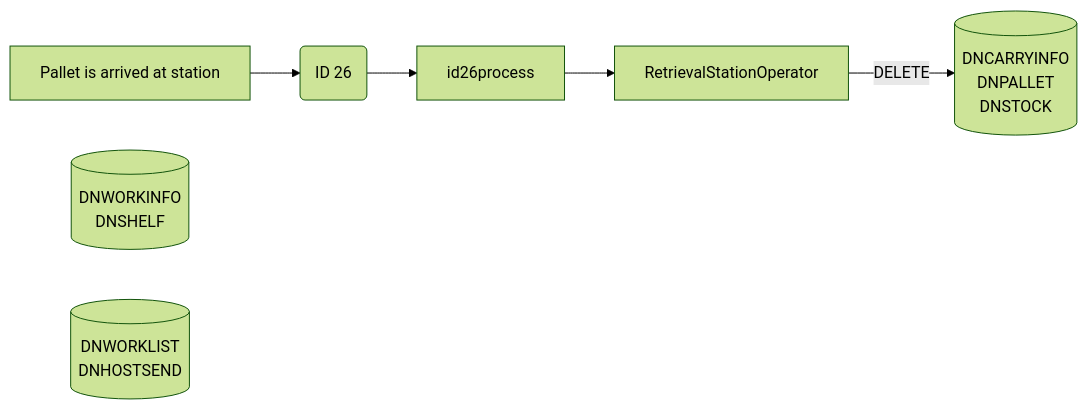
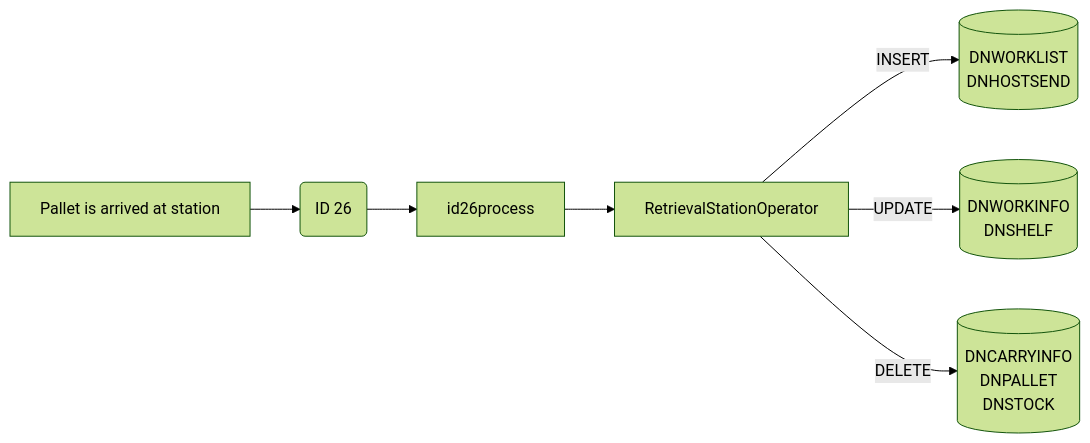
Before and after one commit to luthfiadityaa/SimeDarby-Wiki: the eighth of 8 diagrams in Basic-Design/DFD-WMS/Retrieval/Unplanned-Retrieval-from-HP-Area.md, drawn with Mermaid (forest theme).

Commit message:
Updated Unplanned Retrieval from HP Area

```diff
--- a/Basic-Design/DFD-WMS/Retrieval/Unplanned-Retrieval-from-HP-Area.md
+++ b/Basic-Design/DFD-WMS/Retrieval/Unplanned-Retrieval-from-HP-Area.md
@@ -233,37 +233,39 @@
 ::: mermaid
 flowchart LR
 
 buttonclicked["
 Pallet is arrived at station
 "]
 
 id26msg("
 ID 26
 ")
 
 id26-update[("
 DNWORKINFO
 DNSHELF
 ")]
 
 id26-delete[("
 DNCARRYINFO
 DNPALLET
 DNSTOCK
 ")]
 
 id26-insert[("
 DNWORKLIST
 DNHOSTSEND
 ")]
 
 id26process[id26process]
 retrievaloperator[RetrievalStationOperator]
 
 
 buttonclicked --> id26msg
 id26msg -->id26process
 id26process-->retrievaloperator
 
+retrievaloperator--> |INSERT| id26-insert
+retrievaloperator--> |UPDATE| id26-update
 retrievaloperator--> |DELETE| id26-delete
 :::
```
